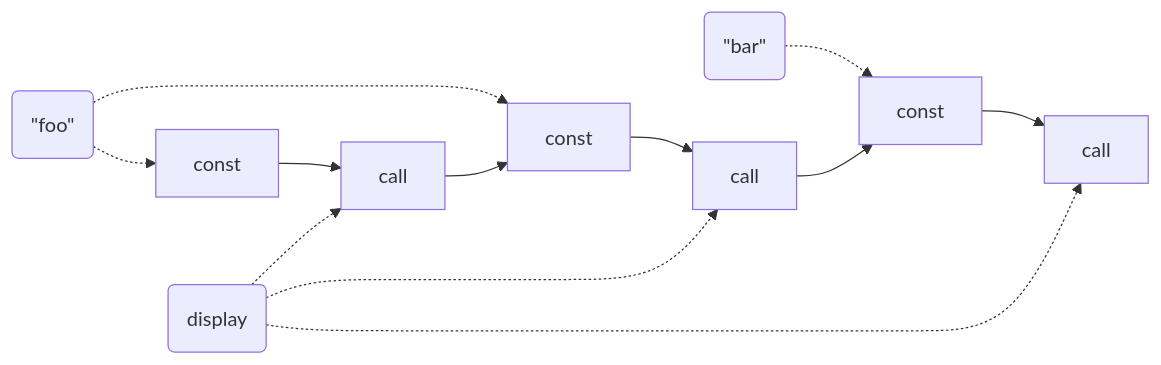
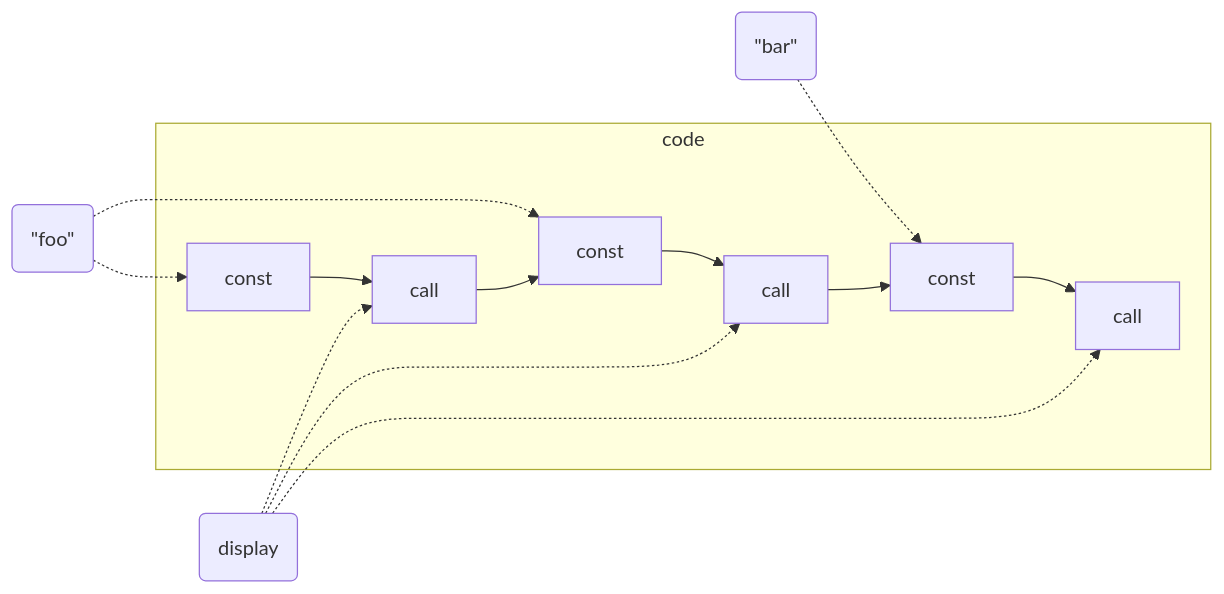
Before and after one commit to raviqqe/doc: the diagram in slides/papers/stak-scheme/duplicate-strings.mmd, drawn with Mermaid. The commit also changed 1 other file, not shown here.

```diff
--- a/slides/papers/stak-scheme/duplicate-strings.mmd
+++ b/slides/papers/stak-scheme/duplicate-strings.mmd
@@ -1,10 +1,14 @@
 flowchart LR
   d0(#quot;foo#quot;) -.-> c0
   d0 -.-> c2
   d1(#quot;bar#quot;) -.-> c4
-  c0[const ] --> c1[call] --> c2
-  c2[const] --> c3[call] --> c4
-  c4[const] --> c5[call]
+
+  subgraph code
+    c0[const ] --> c1[call] --> c2
+    c2[const] --> c3[call] --> c4
+    c4[const] --> c5[call]
+  end
+
   d2(display) -.-> c1
   d2 -.-> c3
   d2 -.-> c5
```
